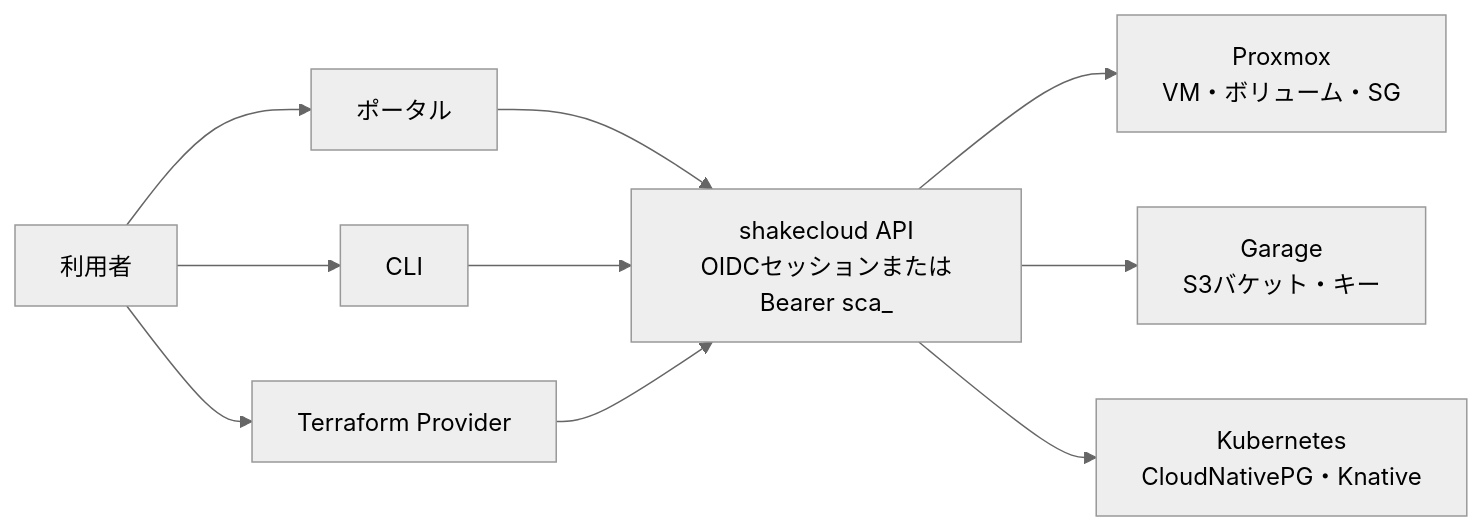
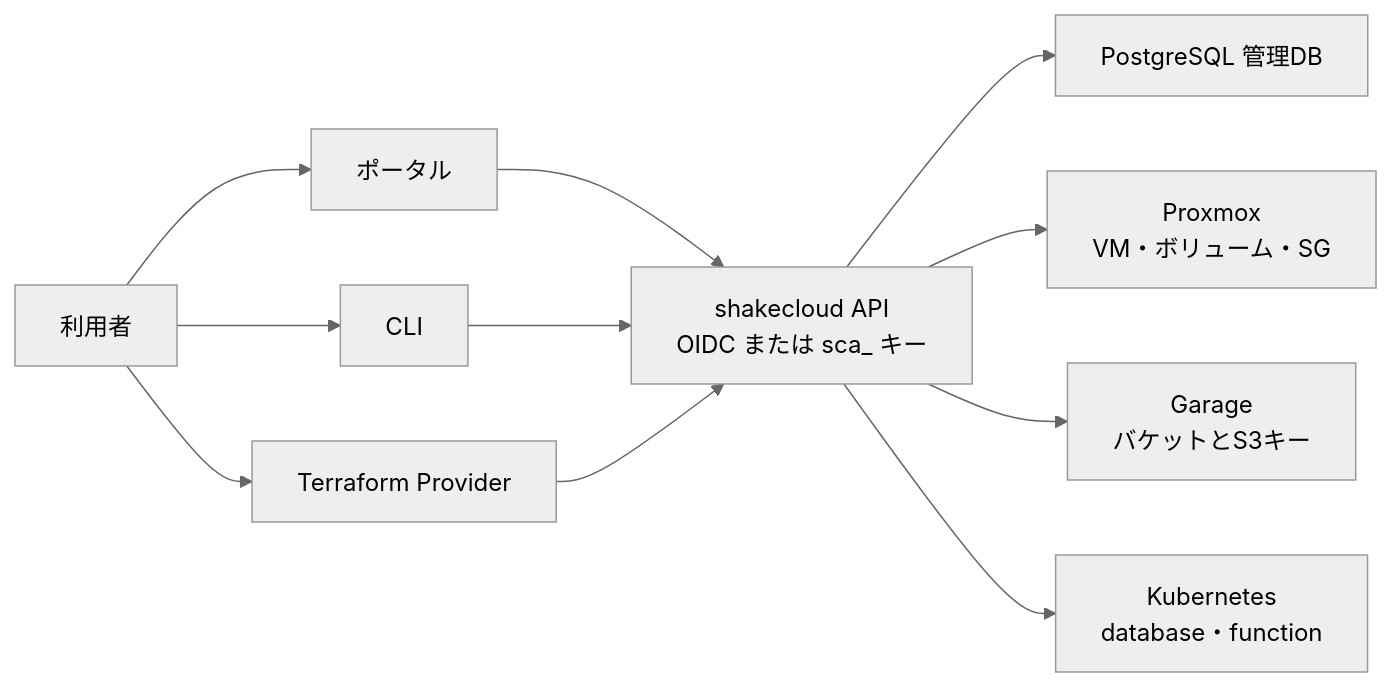
The fifth of 14 diagrams in docs/overview.md (rurutheGeek/shake-cloud), drawn with Mermaid (neutral theme) before and after one commit. The commit also changed other lines of this file and 74 other files, not shown here.

````diff
--- a/docs/overview.md
+++ b/docs/overview.md
@@ -176,21 +160,23 @@
 ```mermaid
 flowchart LR
   user["利用者"]
   portal["ポータル"]
   cli["CLI"]
   tf["Terraform Provider"]
-  api["shakecloud API<br/>OIDCセッションまたはBearer sca_"]
+  api["shakecloud API<br/>OIDC または sca_ キー"]
+  db["PostgreSQL 管理DB"]
   proxmox["Proxmox<br/>VM・ボリューム・SG"]
-  garage["Garage<br/>S3バケット・キー"]
-  k8sapi["Kubernetes<br/>CloudNativePG・Knative"]
+  garage["Garage<br/>バケットとS3キー"]
+  k8s["Kubernetes<br/>database・function"]
 
   user --> portal
   user --> cli
   user --> tf
   portal --> api
   cli --> api
   tf --> api
+  api --> db
   api --> proxmox
   api --> garage
-  api --> k8sapi
+  api --> k8s
 ```
````
